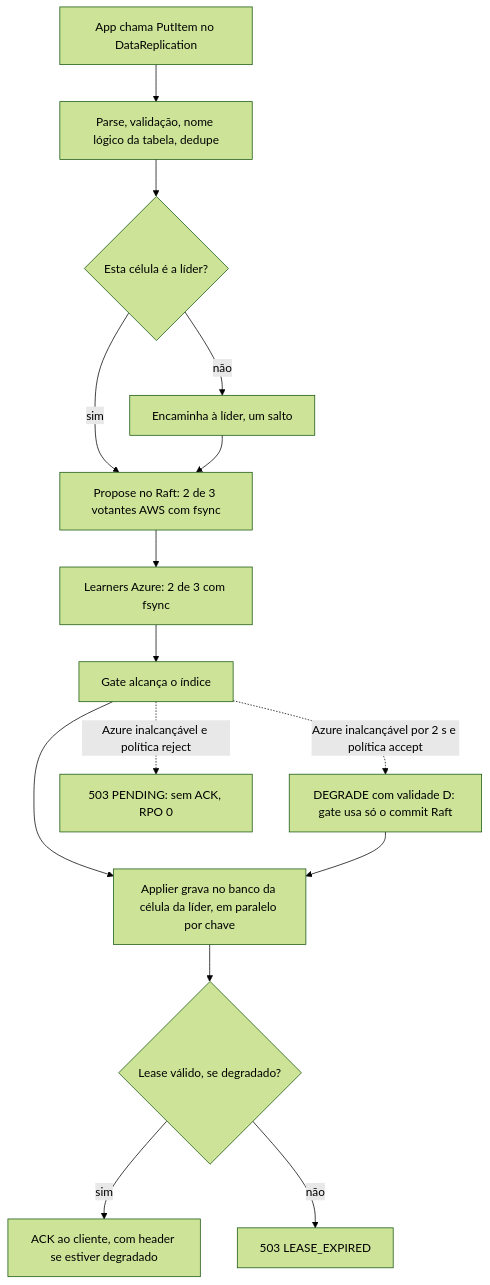
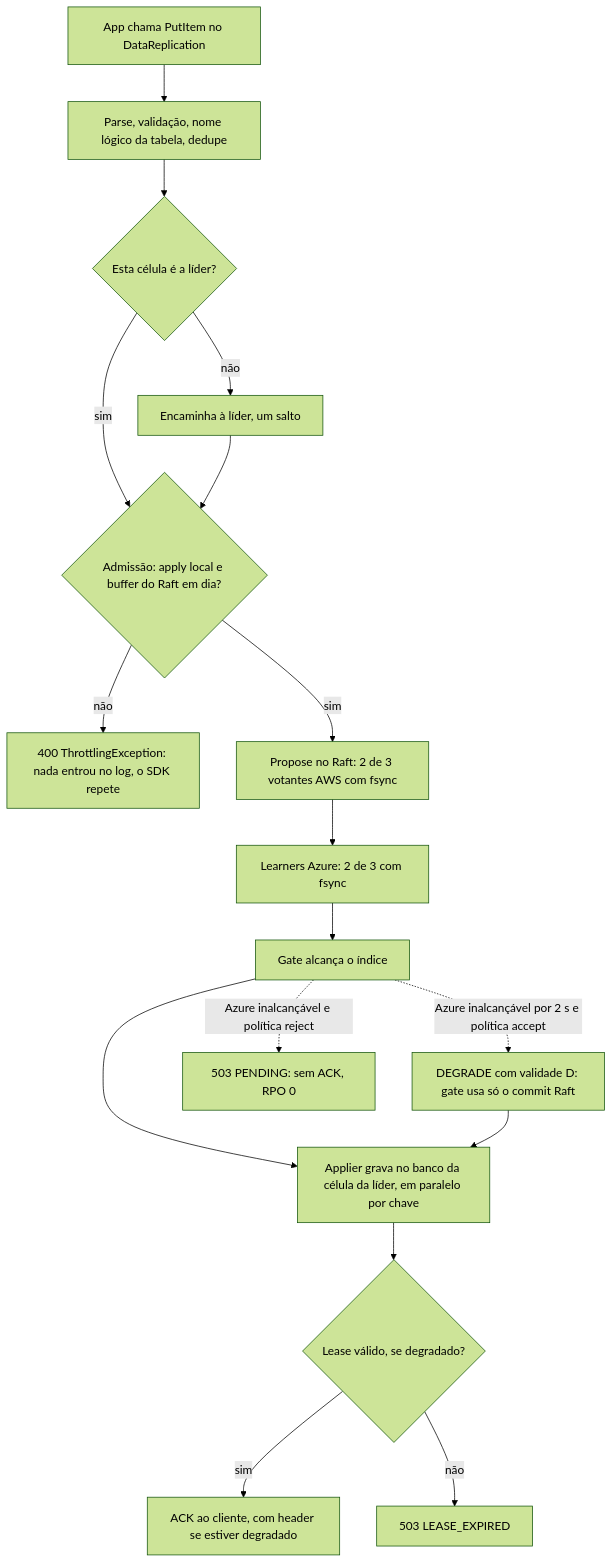
The second of 4 diagrams in doc/DataReplication_Versao_1.md (brbarmex/k), drawn with Mermaid (forest theme) before and after one commit. The commit also changed other lines of this file and 92 other files, not shown here.

````diff
--- a/doc/DataReplication_Versao_1.md
+++ b/doc/DataReplication_Versao_1.md
@@ -261,17 +190,19 @@
 ```mermaid
 flowchart TD
     A["App chama PutItem no DataReplication"] --> B["Parse, validação, nome lógico da tabela, dedupe"]
     B --> C{"Esta célula é a líder?"}
     C -->|"não"| D["Encaminha à líder, um salto"]
-    C -->|"sim"| E["Propose no Raft: 2 de 3 votantes AWS com fsync"]
-    D --> E
+    C -->|"sim"| AD{"Admissão: apply local e buffer do Raft em dia?"}
+    D --> AD
+    AD -->|"não"| T["400 ThrottlingException: nada entrou no log, o SDK repete"]
+    AD -->|"sim"| E["Propose no Raft: 2 de 3 votantes AWS com fsync"]
     E --> F["Learners Azure: 2 de 3 com fsync"]
     F --> G["Gate alcança o índice"]
     G --> H["Applier grava no banco da célula da líder, em paralelo por chave"]
     H --> L{"Lease válido, se degradado?"}
     L -->|"sim"| I["ACK ao cliente, com header se estiver degradado"]
     L -->|"não"| M["503 LEASE_EXPIRED"]
     G -.->|"Azure inalcançável por 2 s e política accept"| J["DEGRADE com validade D: gate usa só o commit Raft"]
     G -.->|"Azure inalcançável e política reject"| K["503 PENDING: sem ACK, RPO 0"]
     J --> H
 ```
````
